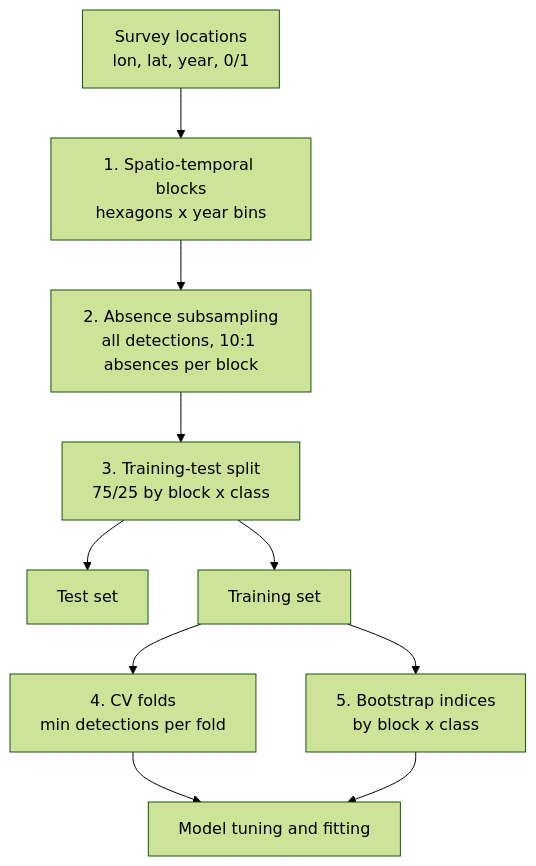
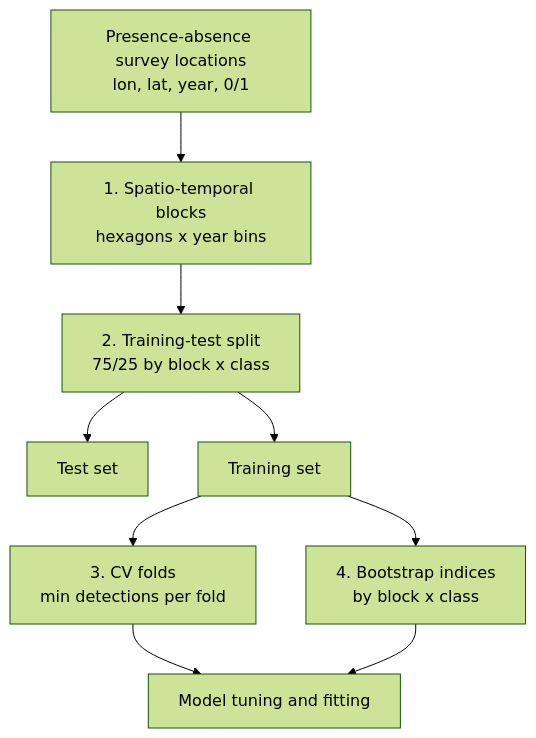
Before and after one commit to bgcasey/method_guides: the diagram in vignettes/spatio_temporal_blocking/spatio_temporal_blocking.md, drawn with Mermaid (forest theme). The commit also changed other lines of this file and 3 other files, not shown here.

Commit message:
Refactor spatio-temporal stratification documentation and remove unused sampling function

````diff
--- a/vignettes/spatio_temporal_blocking/spatio_temporal_blocking.md
+++ b/vignettes/spatio_temporal_blocking/spatio_temporal_blocking.md
@@ -30,12 +29,11 @@
 ```mermaid
 flowchart TD
-    A[Survey locations<br/>lon, lat, year, 0/1] --> B[1. Spatio-temporal blocks<br/>hexagons x year bins]
-    B --> C[2. Absence subsampling<br/>all detections, 10:1 absences per block]
-    C --> D[3. Training-test split<br/>75/25 by block x class]
+    A[Presence-absence survey locations<br/>lon, lat, year, 0/1] --> B[1. Spatio-temporal blocks<br/>hexagons x year bins]
+    B --> D[2. Training-test split<br/>75/25 by block x class]
     D --> E[Test set]
     D --> F[Training set]
-    F --> G[4. CV folds<br/>min detections per fold]
-    F --> H[5. Bootstrap indices<br/>by block x class]
+    F --> G[3. CV folds<br/>min detections per fold]
+    F --> H[4. Bootstrap indices<br/>by block x class]
     G --> I[Model tuning and fitting]
     H --> I
 ```
````
